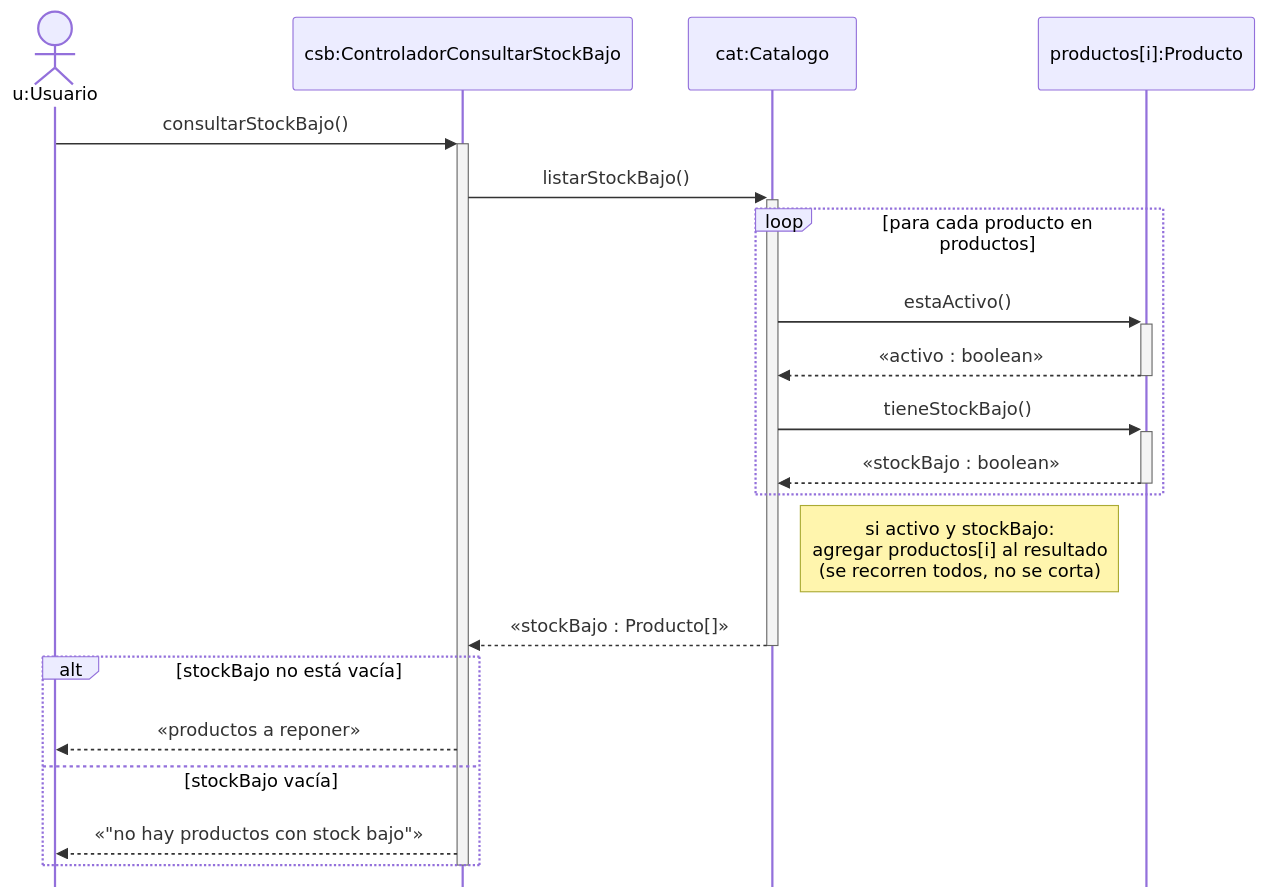
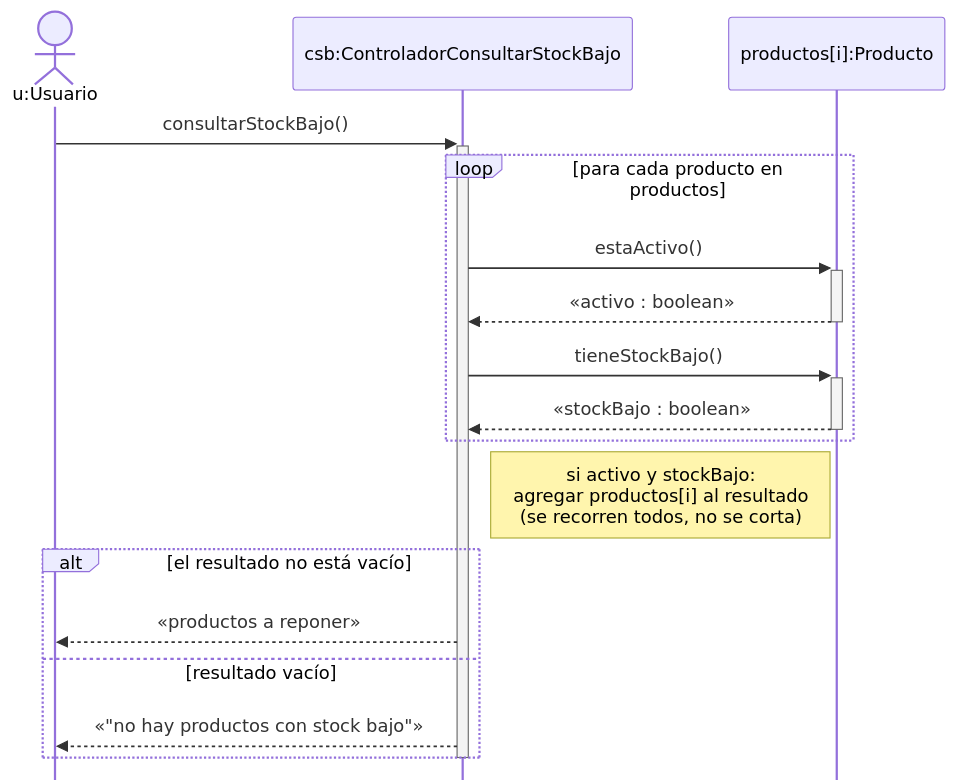
One commit to cirotop/Stock-Project changed diagram 16 of 17 in 08-Diagrama De Secuencia/Diagramas_de_Secuencia.md. Above: the diagram before and after it, drawn with Mermaid. The commit also changed other lines of this file, not shown here.

````diff
--- a/08-Diagrama De Secuencia/Diagramas_de_Secuencia.md
+++ b/08-Diagrama De Secuencia/Diagramas_de_Secuencia.md
@@ -429,25 +506,22 @@
 ```mermaid
 %%{init: {"sequence": {"mirrorActors": false}, "themeCSS": ".loopLine { stroke-dasharray: none !important; stroke-width: 1.5px !important; }"}}%%
 sequenceDiagram
     actor u as u:Usuario
     participant csb as csb:ControladorConsultarStockBajo
-    participant cat as cat:Catalogo
     participant pi as productos[i]:Producto
 
     u->>+csb: consultarStockBajo()
-    csb->>+cat: listarStockBajo()
     loop para cada producto en productos
-        cat->>+pi: estaActivo()
-        pi-->>-cat: «activo : boolean»
-        cat->>+pi: tieneStockBajo()
-        pi-->>-cat: «stockBajo : boolean»
+        csb->>+pi: estaActivo()
+        pi-->>-csb: «activo : boolean»
+        csb->>+pi: tieneStockBajo()
+        pi-->>-csb: «stockBajo : boolean»
     end
-    Note right of cat: si activo y stockBajo:<br/>agregar productos[i] al resultado<br/>(se recorren todos, no se corta)
-    cat-->>-csb: «stockBajo : Producto[]»
-    alt stockBajo no está vacía
+    Note right of csb: si activo y stockBajo:<br/>agregar productos[i] al resultado<br/>(se recorren todos, no se corta)
+    alt el resultado no está vacío
         csb-->>u: «productos a reponer»
-    else stockBajo vacía
+    else resultado vacío
         csb-->>u: «"no hay productos con stock bajo"»
     end
     deactivate csb
 ```
````
